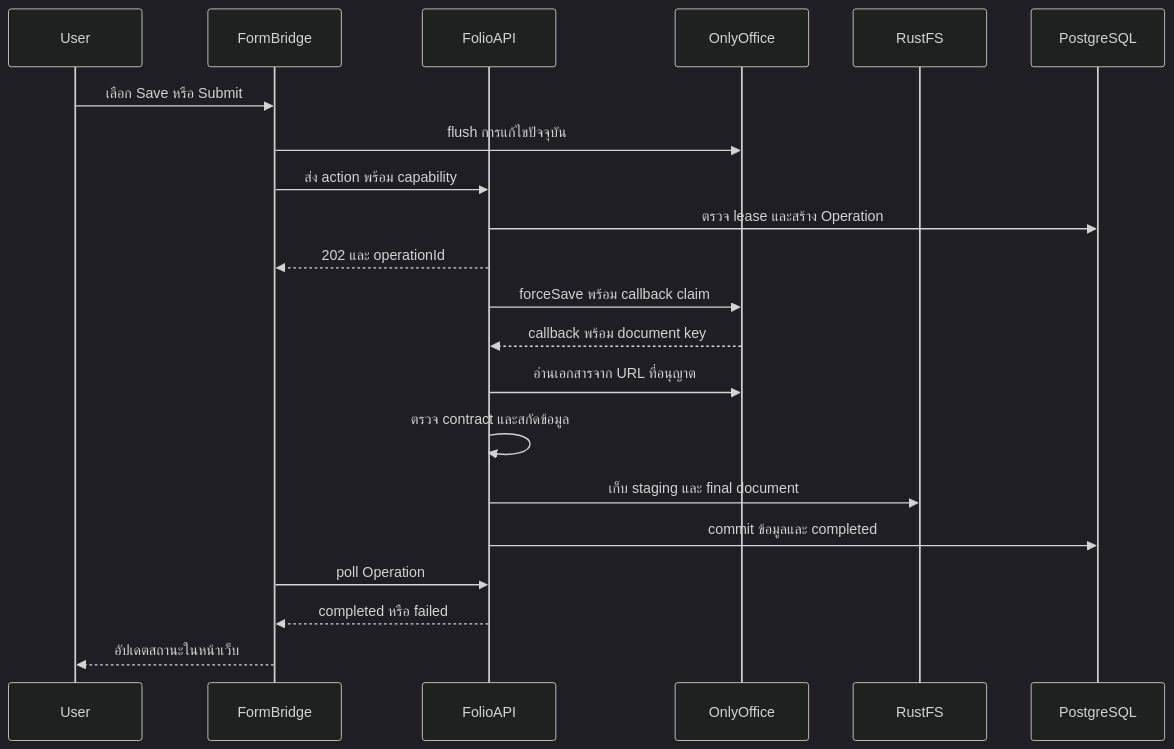
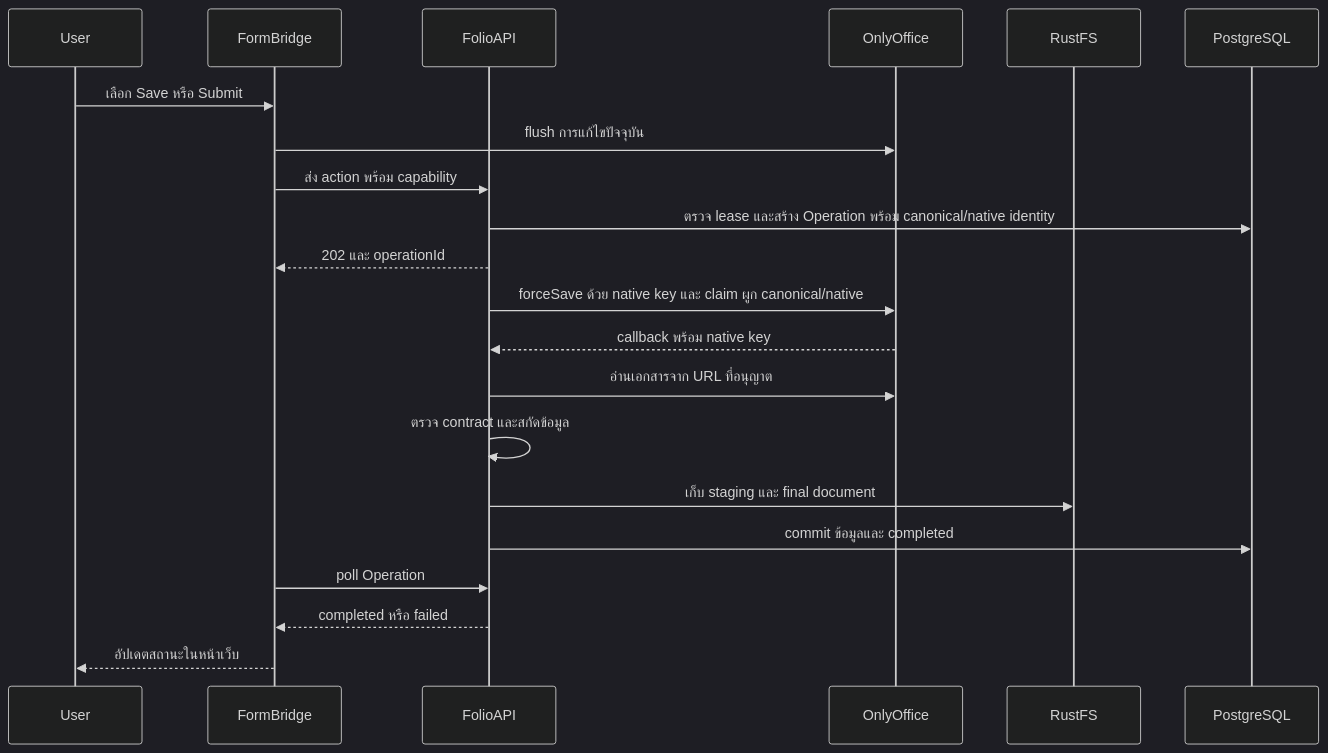
Before and after one commit to AquilaStudio2/folio-forms: the seventh of 23 diagrams in .scratch/system-workflow/system-map.md, drawn with Mermaid (dark theme). The commit also changed other lines of this file and 46 other files, not shown here.

````diff
--- a/.scratch/system-workflow/system-map.md
+++ b/.scratch/system-workflow/system-map.md
@@ -393,23 +401,23 @@
 ```mermaid
 sequenceDiagram
     participant User
     participant FormBridge
     participant FolioAPI
     participant OnlyOffice
     participant RustFS
     participant PostgreSQL
     User->>FormBridge: เลือก Save หรือ Submit
     FormBridge->>OnlyOffice: flush การแก้ไขปัจจุบัน
     FormBridge->>FolioAPI: ส่ง action พร้อม capability
-    FolioAPI->>PostgreSQL: ตรวจ lease และสร้าง Operation
+    FolioAPI->>PostgreSQL: ตรวจ lease และสร้าง Operation พร้อม canonical/native identity
     FolioAPI-->>FormBridge: 202 และ operationId
-    FolioAPI->>OnlyOffice: forceSave พร้อม callback claim
-    OnlyOffice-->>FolioAPI: callback พร้อม document key
+    FolioAPI->>OnlyOffice: forceSave ด้วย native key และ claim ผูก canonical/native
+    OnlyOffice-->>FolioAPI: callback พร้อม native key
     FolioAPI->>OnlyOffice: อ่านเอกสารจาก URL ที่อนุญาต
     FolioAPI->>FolioAPI: ตรวจ contract และสกัดข้อมูล
     FolioAPI->>RustFS: เก็บ staging และ final document
     FolioAPI->>PostgreSQL: commit ข้อมูลและ completed
     FormBridge->>FolioAPI: poll Operation
     FolioAPI-->>FormBridge: completed หรือ failed
     FormBridge-->>User: อัปเดตสถานะในหน้าเว็บ
 ```
````
